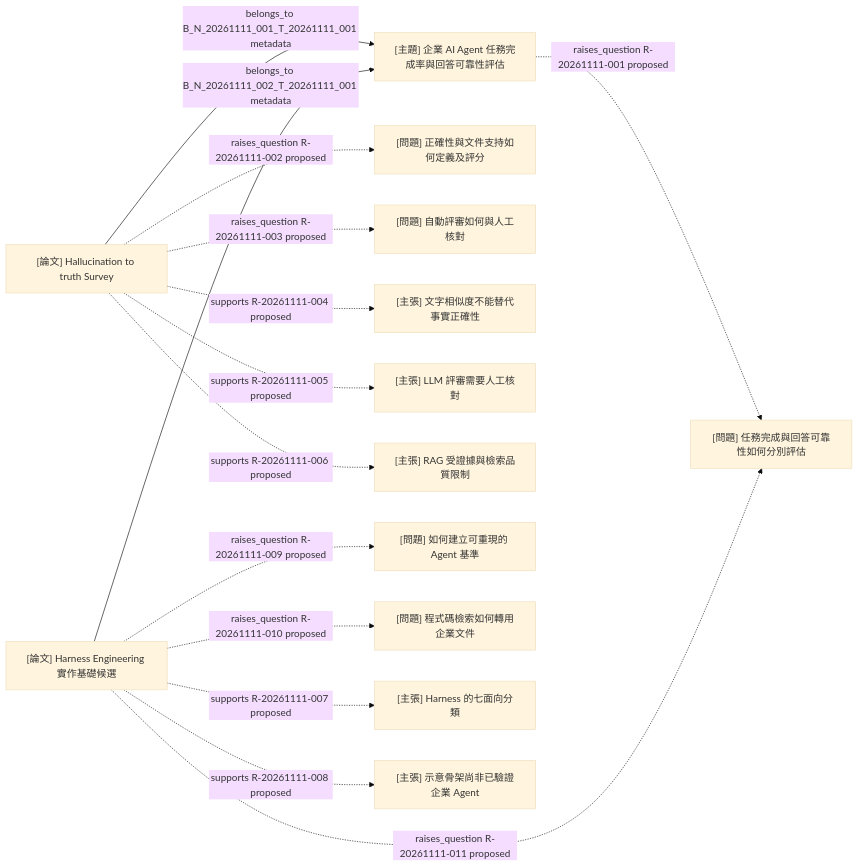
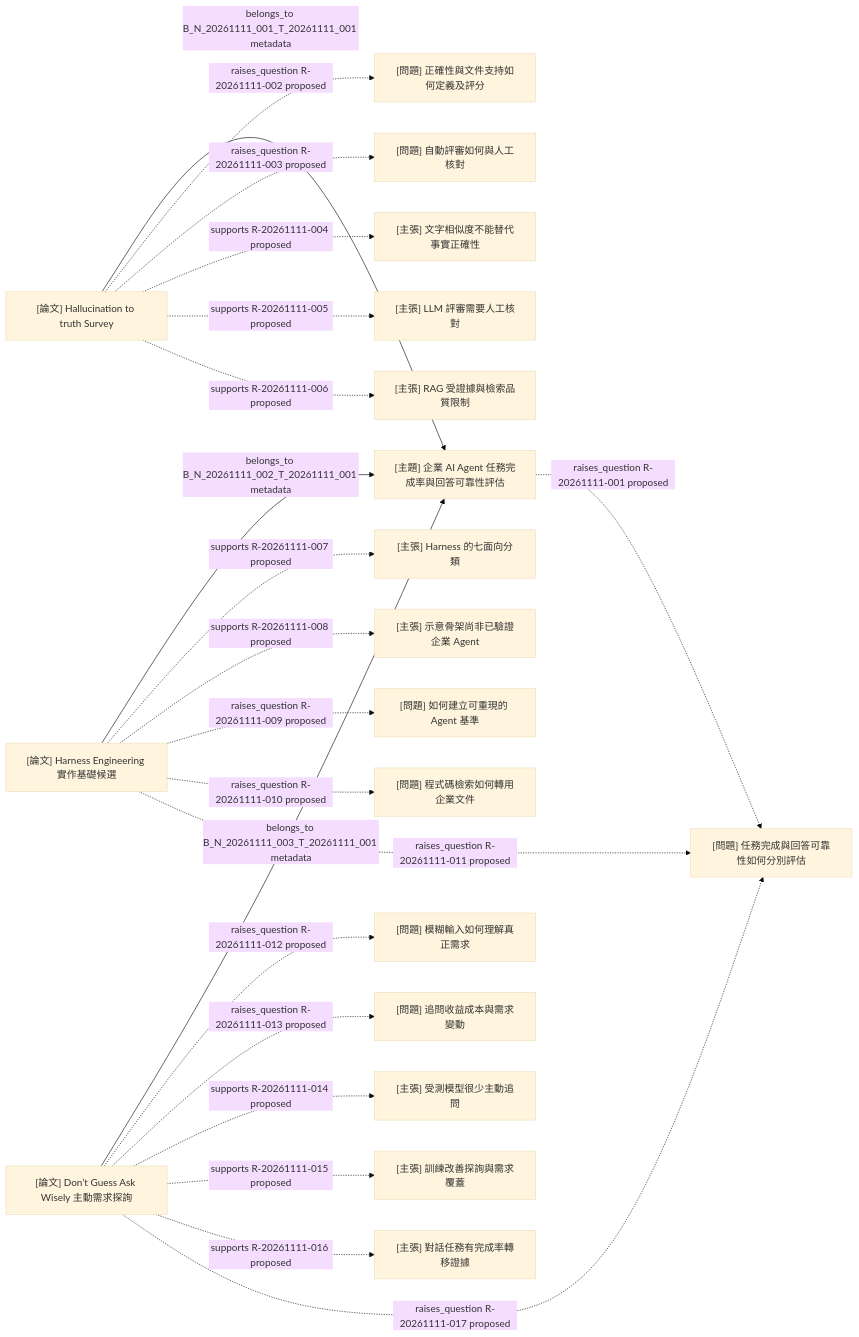
One commit to TonyTakoP/LiteratureSynapse changed the diagram in graphs/T-20261111-001.md. Above: the diagram before and after it, drawn with Mermaid (base theme). The commit also changed other lines of this file and 5 other files, not shown here.

Commit message:
第二次文獻回顧: Don’t Guess, Ask Wisely: Benchmarking and Training Proactive Elicitation in Open-Domain LLM Conversations

````diff
--- a/graphs/T-20261111-001.md
+++ b/graphs/T-20261111-001.md
@@ -25,29 +26,42 @@
 ```mermaid
 flowchart LR
     T_20261111_001["[主題] 企業 AI Agent 任務完成率與回答可靠性評估"]
     N_20261111_001["[論文] Hallucination to truth Survey"]
     N_20261111_002["[論文] Harness Engineering 實作基礎候選"]
     Q_20261111_001["[問題] 任務完成與回答可靠性如何分別評估"]
     Q_20261111_002["[問題] 正確性與文件支持如何定義及評分"]
     Q_20261111_003["[問題] 自動評審如何與人工核對"]
     C_20261111_001["[主張] 文字相似度不能替代事實正確性"]
     C_20261111_002["[主張] LLM 評審需要人工核對"]
     C_20261111_003["[主張] RAG 受證據與檢索品質限制"]
     Q_20261111_004["[問題] 如何建立可重現的 Agent 基準"]
     Q_20261111_005["[問題] 程式碼檢索如何轉用企業文件"]
     C_20261111_004["[主張] Harness 的七面向分類"]
     C_20261111_005["[主張] 示意骨架尚非已驗證企業 Agent"]
+    N_20261111_003["[論文] Don’t Guess Ask Wisely 主動需求探詢"]
+    Q_20261111_006["[問題] 模糊輸入如何理解真正需求"]
+    Q_20261111_007["[問題] 追問收益成本與需求變動"]
+    C_20261111_006["[主張] 受測模型很少主動追問"]
+    C_20261111_007["[主張] 訓練改善探詢與需求覆蓋"]
+    C_20261111_008["[主張] 對話任務有完成率轉移證據"]
     N_20261111_001 -->|"belongs_to B_N_20261111_001_T_20261111_001 metadata"| T_20261111_001
     N_20261111_002 -->|"belongs_to B_N_20261111_002_T_20261111_001 metadata"| T_20261111_001
     T_20261111_001 -.->|"raises_question R-20261111-001 proposed"| Q_20261111_001
     N_20261111_001 -.->|"raises_question R-20261111-002 proposed"| Q_20261111_002
     N_20261111_001 -.->|"raises_question R-20261111-003 proposed"| Q_20261111_003
     N_20261111_001 -.->|"supports R-20261111-004 proposed"| C_20261111_001
     N_20261111_001 -.->|"supports R-20261111-005 proposed"| C_20261111_002
     N_20261111_001 -.->|"supports R-20261111-006 proposed"| C_20261111_003
     N_20261111_002 -.->|"supports R-20261111-007 proposed"| C_20261111_004
     N_20261111_002 -.->|"supports R-20261111-008 proposed"| C_20261111_005
     N_20261111_002 -.->|"raises_question R-20261111-009 proposed"| Q_20261111_004
     N_20261111_002 -.->|"raises_question R-20261111-010 proposed"| Q_20261111_005
     N_20261111_002 -.->|"raises_question R-20261111-011 proposed"| Q_20261111_001
+    N_20261111_003 -->|"belongs_to B_N_20261111_003_T_20261111_001 metadata"| T_20261111_001
+    N_20261111_003 -.->|"raises_question R-20261111-012 proposed"| Q_20261111_006
+    N_20261111_003 -.->|"raises_question R-20261111-013 proposed"| Q_20261111_007
+    N_20261111_003 -.->|"supports R-20261111-014 proposed"| C_20261111_006
+    N_20261111_003 -.->|"supports R-20261111-015 proposed"| C_20261111_007
+    N_20261111_003 -.->|"supports R-20261111-016 proposed"| C_20261111_008
+    N_20261111_003 -.->|"raises_question R-20261111-017 proposed"| Q_20261111_001
 ```
````
